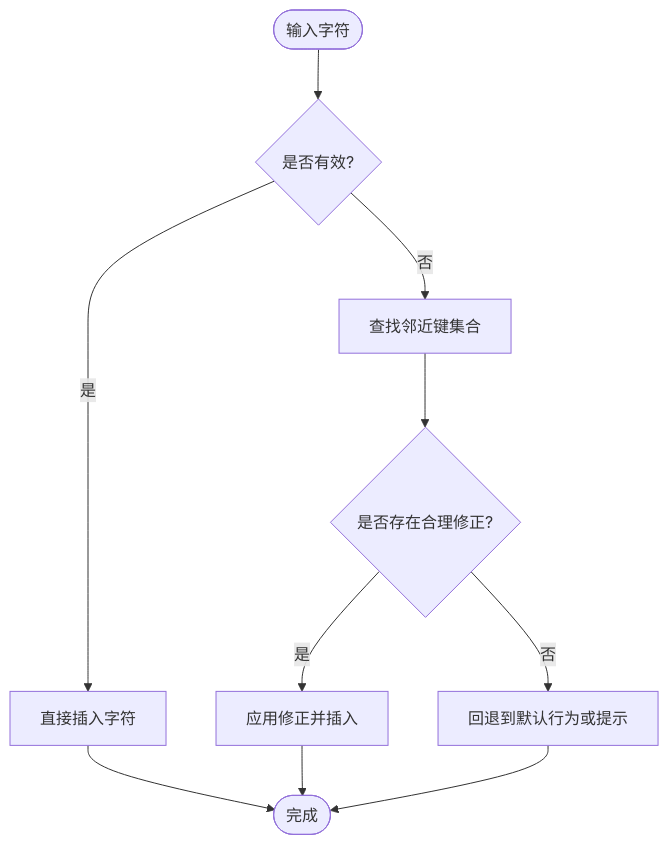
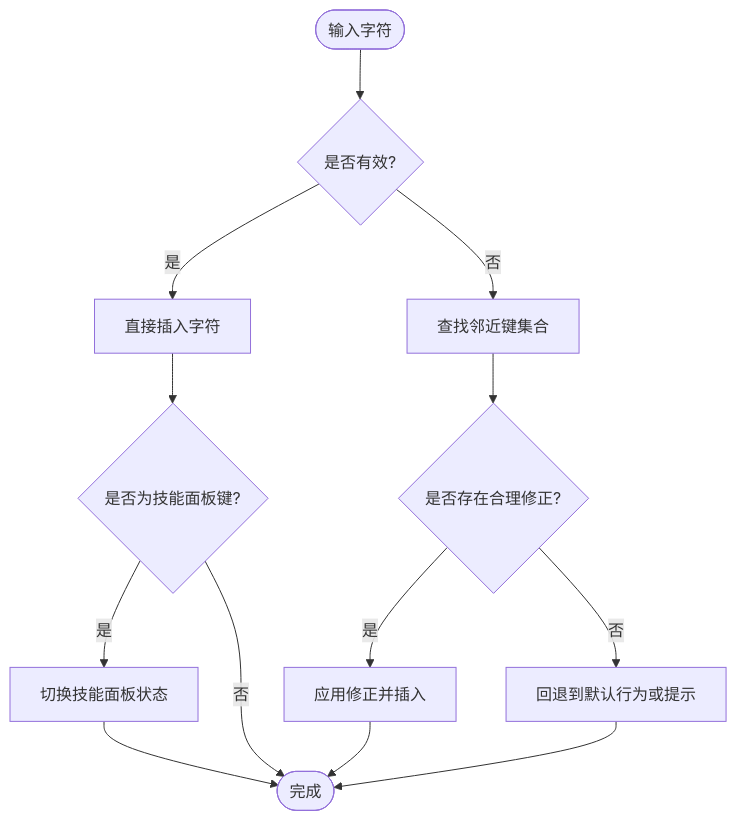
The fifth of 10 diagrams in .qoder/repowiki/zh/content/键盘实现/键盘实现.md (qiaodashaoye/ziyou-ime), drawn with Mermaid before and after one commit. The commit also changed other lines of this file and 28 other files, not shown here.

````diff
--- a/.qoder/repowiki/zh/content/键盘实现/键盘实现.md
+++ b/.qoder/repowiki/zh/content/键盘实现/键盘实现.md
@@ -263,12 +291,15 @@
 ```mermaid
 flowchart TD
 Start(["输入字符"]) --> CheckValid{"是否有效?"}
 CheckValid --> |是| Insert["直接插入字符"]
 CheckValid --> |否| Nearby["查找邻近键集合"]
 Nearby --> TryCorrect{"是否存在合理修正?"}
 TryCorrect --> |是| Apply["应用修正并插入"]
 TryCorrect --> |否| Fallback["回退到默认行为或提示"]
-Insert --> End(["完成"])
+Insert --> CheckSkill{"是否为技能面板键?"}
+CheckSkill --> |是| TogglePanel["切换技能面板状态"]
+CheckSkill --> |否| End(["完成"])
 Apply --> End
 Fallback --> End
+TogglePanel --> End
 ```
````
